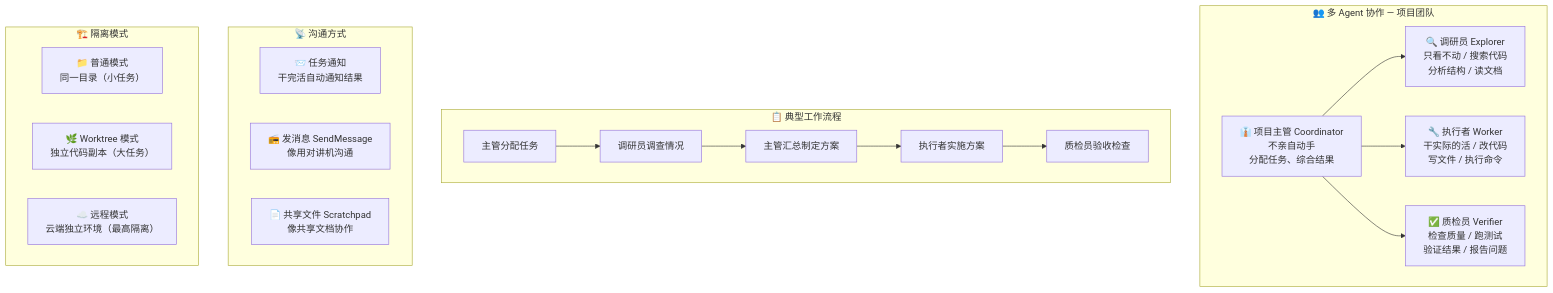
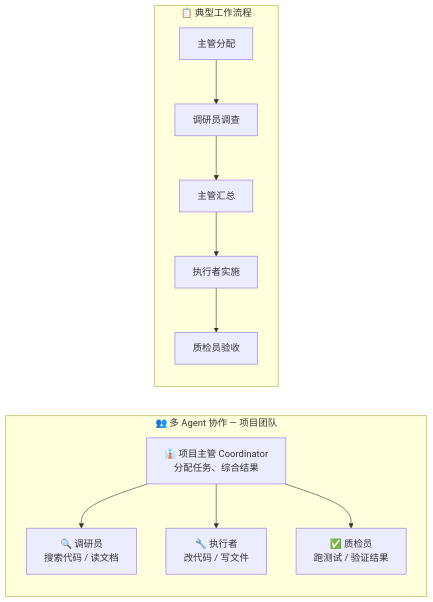
Before and after one commit to WSbaikaishui/claude-code-source-code: the ninth of 16 diagrams in docs/architecture/00-visual-guide.md, drawn with Mermaid. The commit also changed other lines of this file and 73 other files, not shown here.

First line of the commit message:
Fix all Mermaid diagrams: restore semantics + fix dimensions

````diff
--- a/docs/architecture/00-visual-guide.md
+++ b/docs/architecture/00-visual-guide.md
@@ -264,30 +282,17 @@
 ```mermaid
-graph TD
+graph LR
     subgraph team["👥 多 Agent 协作 — 项目团队"]
-        Boss["👔 项目主管 Coordinator<br>不亲自动手<br>分配任务、综合结果"]
-
+        Boss["👔 项目主管 Coordinator<br>分配任务、综合结果"]
+        Explorer["🔍 调研员<br>搜索代码 / 读文档"]
+        Worker["🔧 执行者<br>改代码 / 写文件"]
+        Verifier["✅ 质检员<br>跑测试 / 验证结果"]
         Boss --> Explorer
         Boss --> Worker
         Boss --> Verifier
-
-        Explorer["🔍 调研员 Explorer<br>只看不动 / 搜索代码<br>分析结构 / 读文档"]
-        Worker["🔧 执行者 Worker<br>干实际的活 / 改代码<br>写文件 / 执行命令"]
-        Verifier["✅ 质检员 Verifier<br>检查质量 / 跑测试<br>验证结果 / 报告问题"]
     end
 
     subgraph workflow["📋 典型工作流程"]
-        W1["主管分配任务"] --> W2["调研员调查情况"] --> W3["主管汇总制定方案"] --> W4["执行者实施方案"] --> W5["质检员验收检查"]
-    end
-
-    subgraph comm["📡 沟通方式"]
-        C1["📨 任务通知<br>干完活自动通知结果"]
-        C2["📻 发消息 SendMessage<br>像用对讲机沟通"]
-        C3["📄 共享文件 Scratchpad<br>像共享文档协作"]
-    end
-
-    subgraph isolation["🏗️ 隔离模式"]
-        I1["📁 普通模式<br>同一目录（小任务）"]
-        I2["🌿 Worktree 模式<br>独立代码副本（大任务）"]
-        I3["☁️ 远程模式<br>云端独立环境（最高隔离）"]
+        W1["主管分配"] --> W2["调研员调查"] --> W3["主管汇总"]
+        W3 --> W4["执行者实施"] --> W5["质检员验收"]
     end
 ```
````
